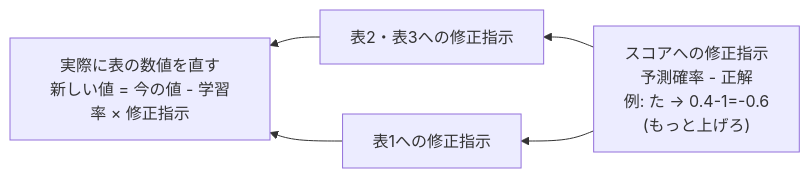
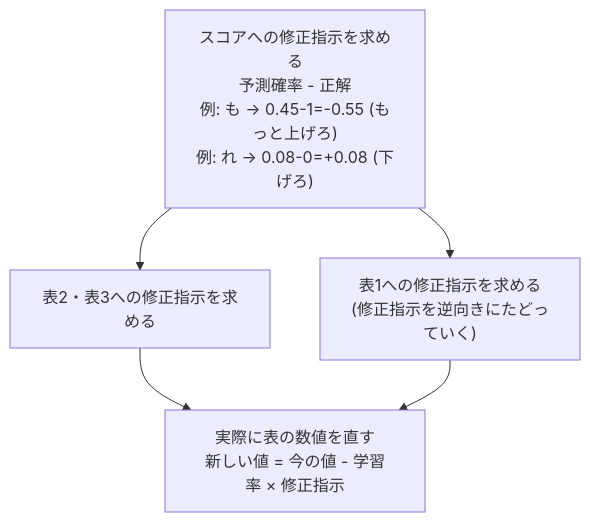
One commit to tommykey0925/rawminilm changed the third of 3 diagrams in README.md. Above: the diagram before and after it, drawn with Mermaid. The commit also changed other lines of this file and 1 other file, not shown here.

````diff
--- a/README.md
+++ b/README.md
@@ -92,10 +156,10 @@
 ```mermaid
-flowchart RL
-    A["スコアへの修正指示<br>予測確率 - 正解<br>例: た → 0.4-1=-0.6<br>(もっと上げろ)"]
-    B["表2・表3への修正指示"]
-    C["表1への修正指示"]
+flowchart TD
+    A["スコアへの修正指示を求める<br>予測確率 - 正解<br>例: も → 0.45-1=-0.55 (もっと上げろ)<br>例: れ → 0.08-0=+0.08 (下げろ)"]
+    B["表2・表3への修正指示を求める"]
+    C["表1への修正指示を求める<br>(修正指示を逆向きにたどっていく)"]
     D["実際に表の数値を直す<br>新しい値 = 今の値 - 学習率 × 修正指示"]
 
     A --> B --> D
     A --> C --> D
 ```
````
